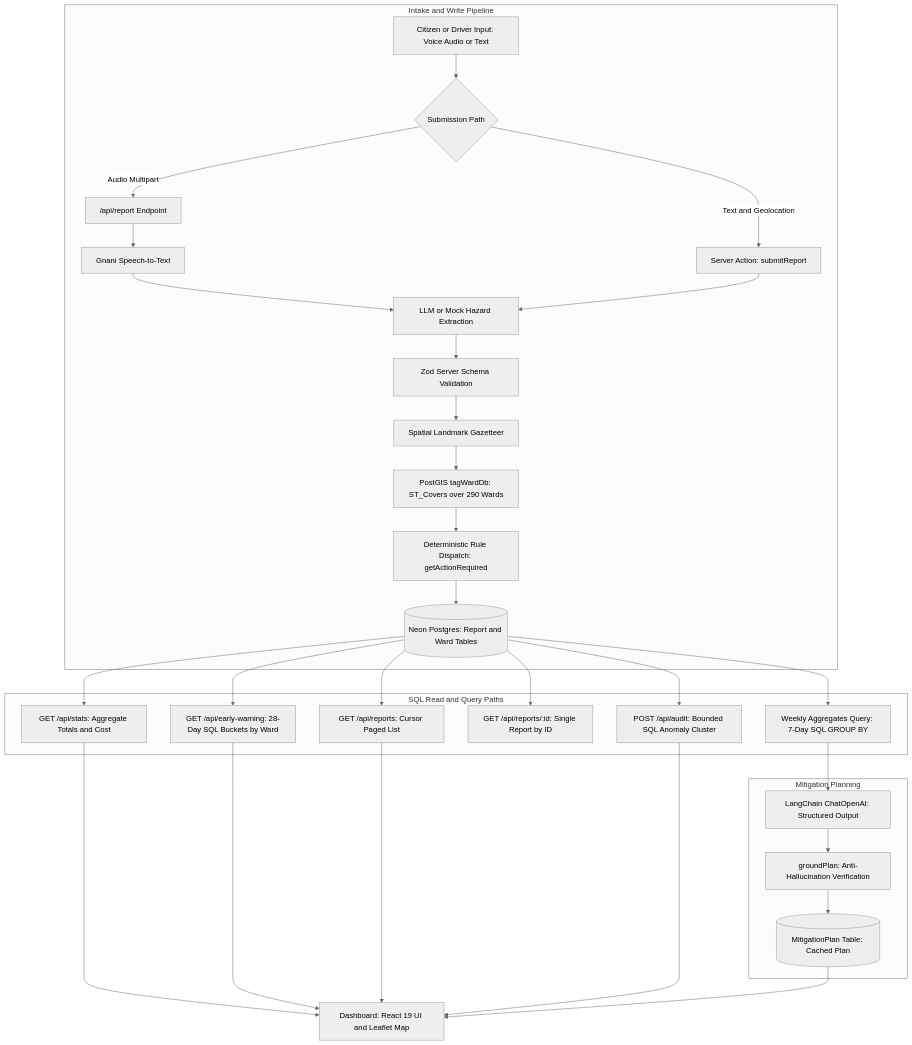
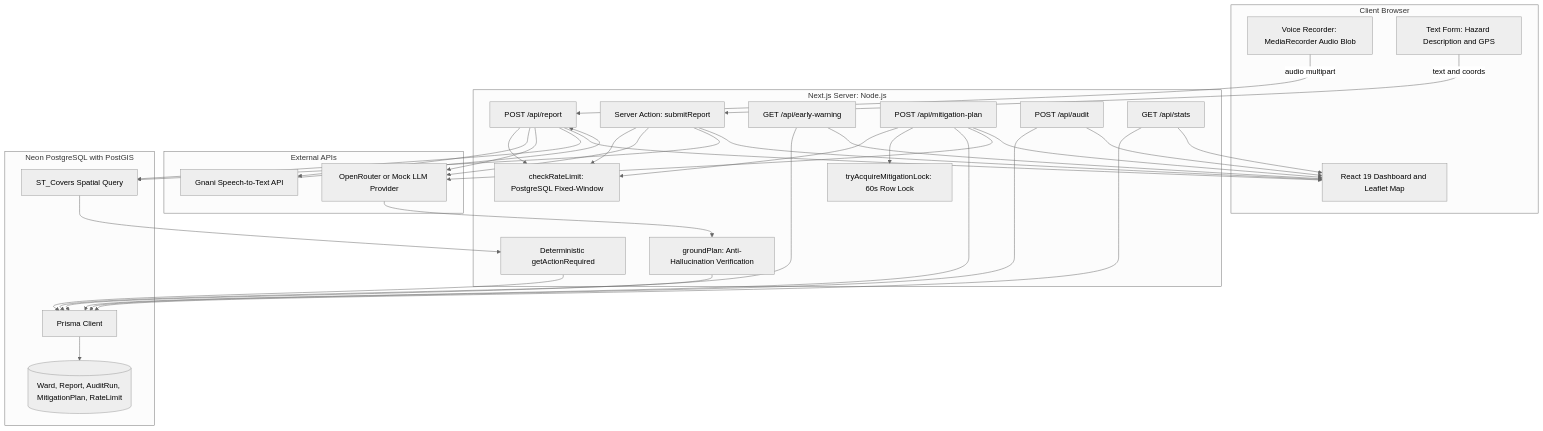
One commit to kaizen105/Garbage_unstop_project changed the diagram in README.md. Above: the diagram before and after it, drawn with Mermaid (neutral theme). The commit also changed other lines of this file, not shown here.

Commit message:
docs: rewrite README with architecture, methodology, security, and verification

````diff
--- a/README.md
+++ b/README.md
@@ -13,37 +11,68 @@
 ```mermaid
 flowchart TD
-    subgraph Intake["Intake and Write Pipeline"]
-        A["Citizen or Driver Input: Voice Audio or Text"] --> B{"Submission Path"}
-        B -->|"Audio Multipart"| C["/api/report Endpoint"]
-        B -->|"Text and Geolocation"| D["Server Action: submitReport"]
-        C --> E["Gnani Speech-to-Text"]
-        E --> F["LLM or Mock Hazard Extraction"]
-        D --> F
-        F --> G["Zod Server Schema Validation"]
-        G --> H["Spatial Landmark Gazetteer"]
-        H --> I["PostGIS tagWardDb: ST_Covers over 290 Wards"]
-        I --> J["Deterministic Rule Dispatch: getActionRequired"]
-        J --> K[("Neon Postgres: Report and Ward Tables")]
+    subgraph Client["Client Browser"]
+        UI["React 19 Dashboard and Leaflet Map"]
+        AudioIntake["Voice Recorder: MediaRecorder Audio Blob"]
+        TextIntake["Text Form: Hazard Description and GPS"]
     end
 
-    subgraph ReadPaths["SQL Read and Query Paths"]
-        K --> Q["GET /api/stats: Aggregate Totals and Cost"]
-        K --> R["GET /api/early-warning: 28-Day SQL Buckets by Ward"]
-        K --> S["GET /api/reports: Cursor Paged List"]
-        K --> T["GET /api/reports/:id: Single Report by ID"]
-        K --> U["POST /api/audit: Bounded SQL Anomaly Cluster"]
-        K --> M["Weekly Aggregates Query: 7-Day SQL GROUP BY"]
+    subgraph Server["Next.js Server: Node.js"]
+        ActionSubmit["Server Action: submitReport"]
+        RouteReport["POST /api/report"]
+        RouteEarlyWarning["GET /api/early-warning"]
+        RouteMitigation["POST /api/mitigation-plan"]
+        RouteAudit["POST /api/audit"]
+        RouteStats["GET /api/stats"]
+        RateLimiter["checkRateLimit: PostgreSQL Fixed-Window"]
+        MitigationLock["tryAcquireMitigationLock: 60s Row Lock"]
+        DispatchRules["Deterministic getActionRequired"]
+        Grounding["groundPlan: Anti-Hallucination Verification"]
     end
 
-    subgraph Planning["Mitigation Planning"]
-        M --> N["LangChain ChatOpenAI: Structured Output"]
-        N --> O["groundPlan: Anti-Hallucination Verification"]
-        O --> P[("MitigationPlan Table: Cached Plan")]
+    subgraph External["External APIs"]
+        GnaniSTT["Gnani Speech-to-Text API"]
+        LLMProvider["OpenRouter or Mock LLM Provider"]
     end
 
-    Q --> L["Dashboard: React 19 UI and Leaflet Map"]
-    R --> L
-    S --> L
-    U --> L
-    P --> L
+    subgraph Database["Neon PostgreSQL with PostGIS"]
+        PostgisQuery["ST_Covers Spatial Query"]
+        PrismaORM["Prisma Client"]
+        Tables[("Ward, Report, AuditRun, MitigationPlan, RateLimit")]
+    end
+
+    AudioIntake -->|"audio multipart"| RouteReport
+    TextIntake -->|"text and coords"| ActionSubmit
+
+    RouteReport --> RateLimiter
+    ActionSubmit --> RateLimiter
+
+    RouteReport --> GnaniSTT
+    GnaniSTT --> RouteReport
+    RouteReport --> LLMProvider
+    ActionSubmit --> LLMProvider
+
+    RouteReport --> PostgisQuery
+    ActionSubmit --> PostgisQuery
+    PostgisQuery --> DispatchRules
+    DispatchRules --> PrismaORM
+
+    RouteEarlyWarning --> PrismaORM
+    RouteStats --> PrismaORM
+    RouteAudit --> PrismaORM
+
+    RouteMitigation --> RateLimiter
+    RouteMitigation --> MitigationLock
+    RouteMitigation --> PrismaORM
+    RouteMitigation --> LLMProvider
+    LLMProvider --> Grounding
+    Grounding --> PrismaORM
+
+    PrismaORM --> Tables
+
+    RouteReport --> UI
+    ActionSubmit --> UI
+    RouteEarlyWarning --> UI
+    RouteMitigation --> UI
+    RouteAudit --> UI
+    RouteStats --> UI
 ```
````
